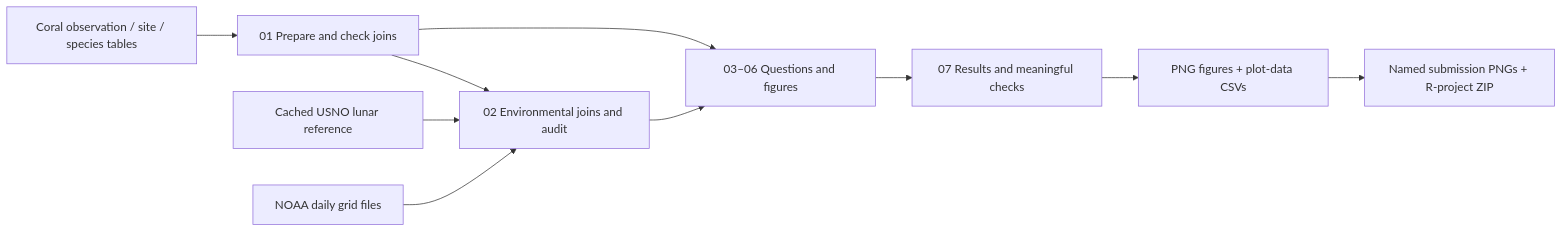
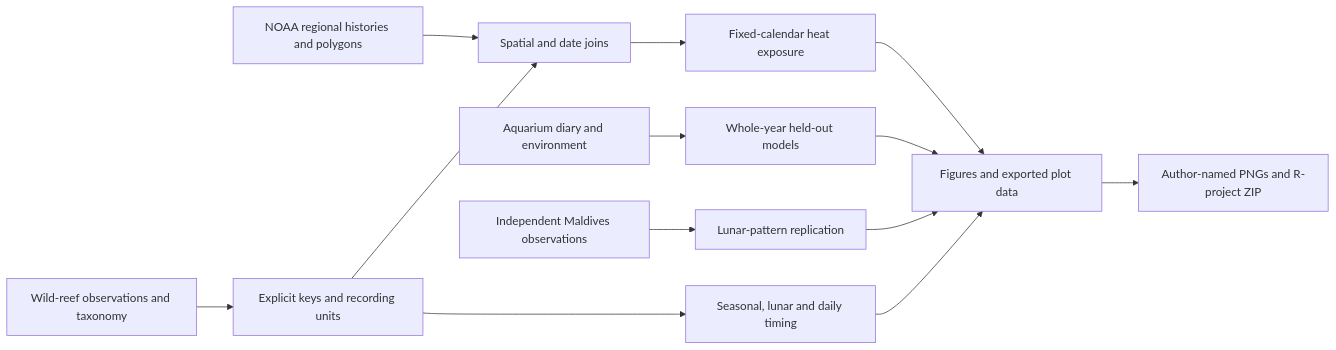
One commit to atanasovmi/The-Ocean-s-Clock changed the diagram in README.md. Above: the diagram before and after it, drawn with Mermaid. The commit also changed other lines of this file and 19 other files, not shown here.

Commit message:
feat: add independent field replication and evidence-rich geographic figures

````diff
--- a/README.md
+++ b/README.md
@@ -38,12 +87,15 @@
 ```mermaid
 flowchart LR
-  C[Coral observation / site / species tables] --> P[01 Prepare and check joins]
-  U[Cached USNO lunar reference] --> E[02 Environmental joins and audit]
-  N[NOAA daily grid files] --> E
-  P --> E
-  P --> V[03–06 Questions and figures]
-  E --> V
-  V --> R[07 Results and meaningful checks]
-  R --> O[PNG figures + plot-data CSVs]
-  O --> Z[Named submission PNGs + R-project ZIP]
+  C[Wild-reef observations and taxonomy] --> P[Explicit keys and recording units]
+  N[NOAA regional histories and polygons] --> J[Spatial and date joins]
+  P --> J
+  J --> E[Fixed-calendar heat exposure]
+  A[Aquarium diary and environment] --> M[Whole-year held-out models]
+  V[Independent Maldives observations] --> R[Lunar-pattern replication]
+  P --> B[Seasonal, lunar and daily timing]
+  E --> G[Figures and exported plot data]
+  M --> G
+  R --> G
+  B --> G
+  G --> Z[Author-named PNGs and R-project ZIP]
 ```
````
